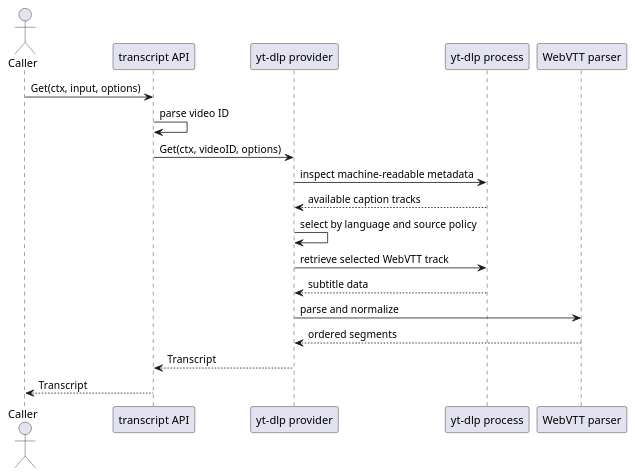
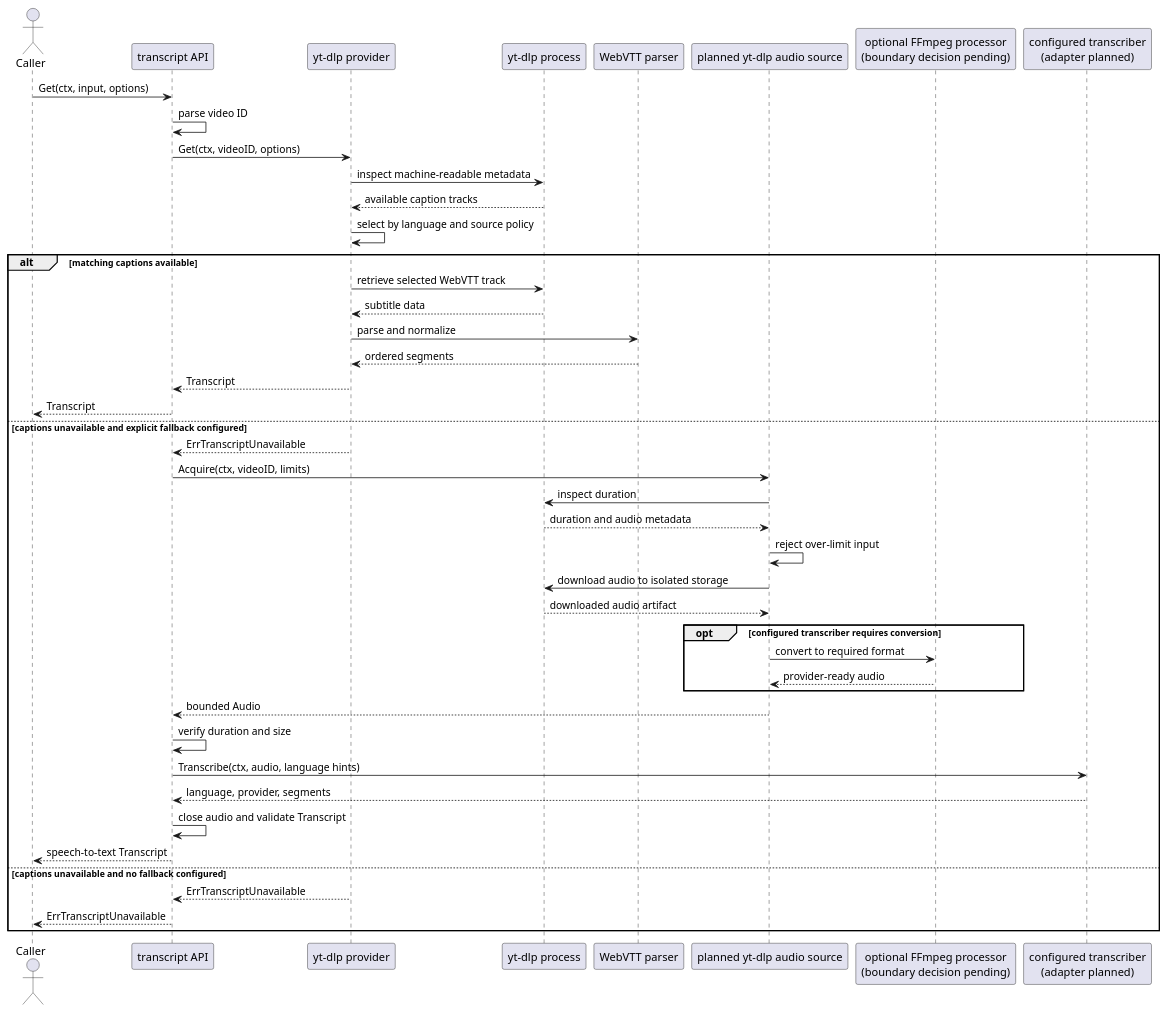
The diagram in docs/uml/acquisition-sequence.puml (mpsanders/voxscripta), drawn with PlantUML before and after one commit. The commit also changed 11 other files, not shown here.

Commit message:
feat: implement speech-to-text provider with audio acquisition and transcription contracts

```diff
--- a/docs/uml/acquisition-sequence.puml
+++ b/docs/uml/acquisition-sequence.puml
@@ -1,20 +1,46 @@
 @startuml
 actor Caller
 participant "transcript API" as API
 participant "yt-dlp provider" as Provider
 participant "yt-dlp process" as YTDLP
 participant "WebVTT parser" as Parser
+participant "planned yt-dlp audio source" as AudioSource
+participant "optional FFmpeg processor\n(boundary decision pending)" as FFmpeg
+participant "configured transcriber\n(adapter planned)" as Transcriber
 
 Caller -> API: Get(ctx, input, options)
 API -> API: parse video ID
 API -> Provider: Get(ctx, videoID, options)
 Provider -> YTDLP: inspect machine-readable metadata
 YTDLP --> Provider: available caption tracks
 Provider -> Provider: select by language and source policy
-Provider -> YTDLP: retrieve selected WebVTT track
-YTDLP --> Provider: subtitle data
-Provider -> Parser: parse and normalize
-Parser --> Provider: ordered segments
-Provider --> API: Transcript
-API --> Caller: Transcript
+alt matching captions available
+  Provider -> YTDLP: retrieve selected WebVTT track
+  YTDLP --> Provider: subtitle data
+  Provider -> Parser: parse and normalize
+  Parser --> Provider: ordered segments
+  Provider --> API: Transcript
+  API --> Caller: Transcript
+else captions unavailable and explicit fallback configured
+  Provider --> API: ErrTranscriptUnavailable
+  API -> AudioSource: Acquire(ctx, videoID, limits)
+  AudioSource -> YTDLP: inspect duration
+  YTDLP --> AudioSource: duration and audio metadata
+  AudioSource -> AudioSource: reject over-limit input
+  AudioSource -> YTDLP: download audio to isolated storage
+  YTDLP --> AudioSource: downloaded audio artifact
+  opt configured transcriber requires conversion
+    AudioSource -> FFmpeg: convert to required format
+    FFmpeg --> AudioSource: provider-ready audio
+  end
+  AudioSource --> API: bounded Audio
+  API -> API: verify duration and size
+  API -> Transcriber: Transcribe(ctx, audio, language hints)
+  Transcriber --> API: language, provider, segments
+  API -> API: close audio and validate Transcript
+  API --> Caller: speech-to-text Transcript
+else captions unavailable and no fallback configured
+  Provider --> API: ErrTranscriptUnavailable
+  API --> Caller: ErrTranscriptUnavailable
+end
 @enduml
```
